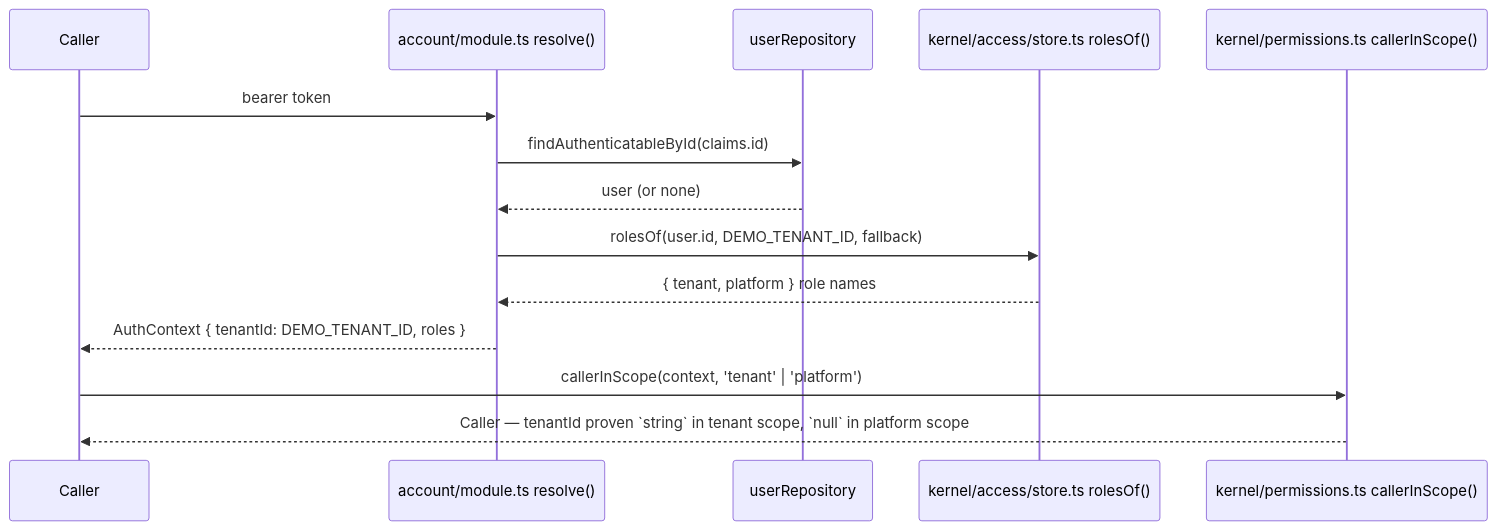
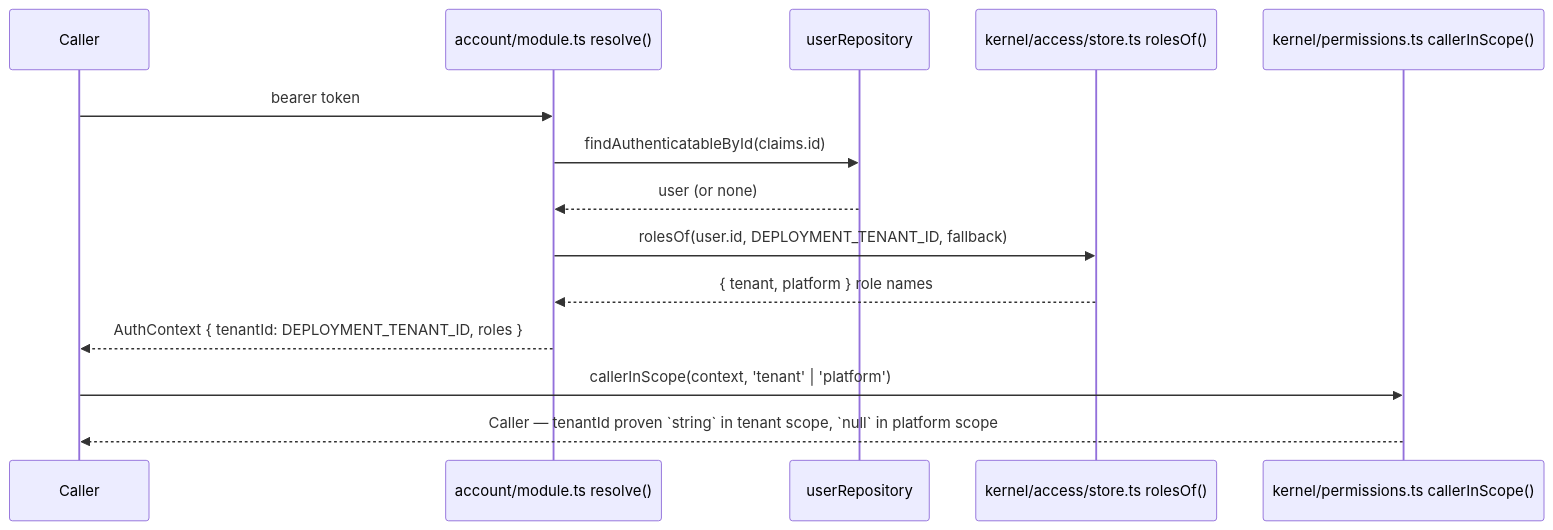
Before and after one commit to Guebbit/boilerplate-node-backend: the third of 3 diagrams in docs/theory/tenancy.md, drawn with Mermaid. The commit also changed other lines of this file and 14 other files, not shown here.

First line of the commit message:
refactor(access)!: name the one shop's id for the deployment, not the demo

````diff
--- a/docs/theory/tenancy.md
+++ b/docs/theory/tenancy.md
@@ -109,17 +109,17 @@
 ```mermaid
 sequenceDiagram
     participant C as Caller
     participant R as account/module.ts resolve()
     participant U as userRepository
     participant S as kernel/access/store.ts rolesOf()
     participant P as kernel/permissions.ts callerInScope()
 
     C->>R: bearer token
     R->>U: findAuthenticatableById(claims.id)
     U-->>R: user (or none)
-    R->>S: rolesOf(user.id, DEMO_TENANT_ID, fallback)
+    R->>S: rolesOf(user.id, DEPLOYMENT_TENANT_ID, fallback)
     S-->>R: { tenant, platform } role names
-    R-->>C: AuthContext { tenantId: DEMO_TENANT_ID, roles }
+    R-->>C: AuthContext { tenantId: DEPLOYMENT_TENANT_ID, roles }
     C->>P: callerInScope(context, 'tenant' | 'platform')
     P-->>C: Caller — tenantId proven `string` in tenant scope, `null` in platform scope
 ```
````
